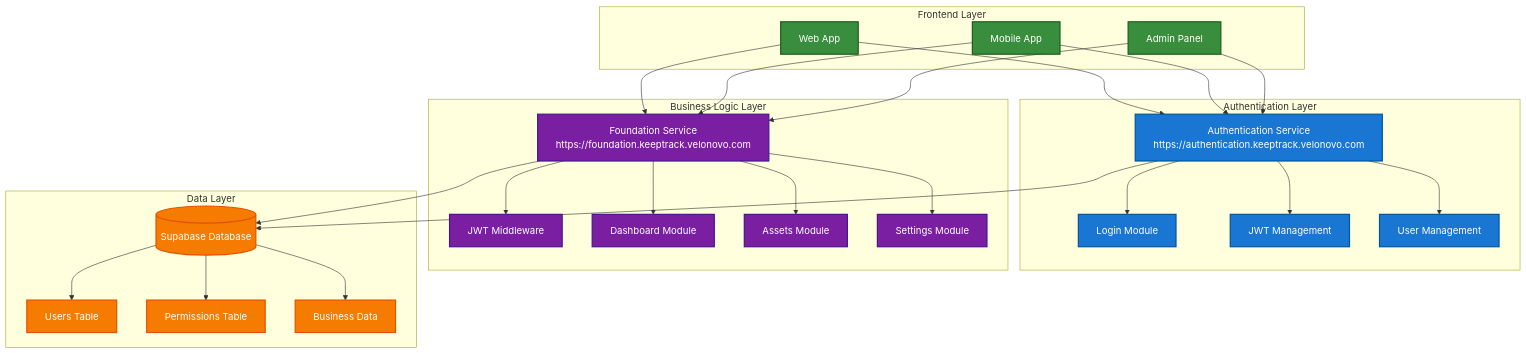
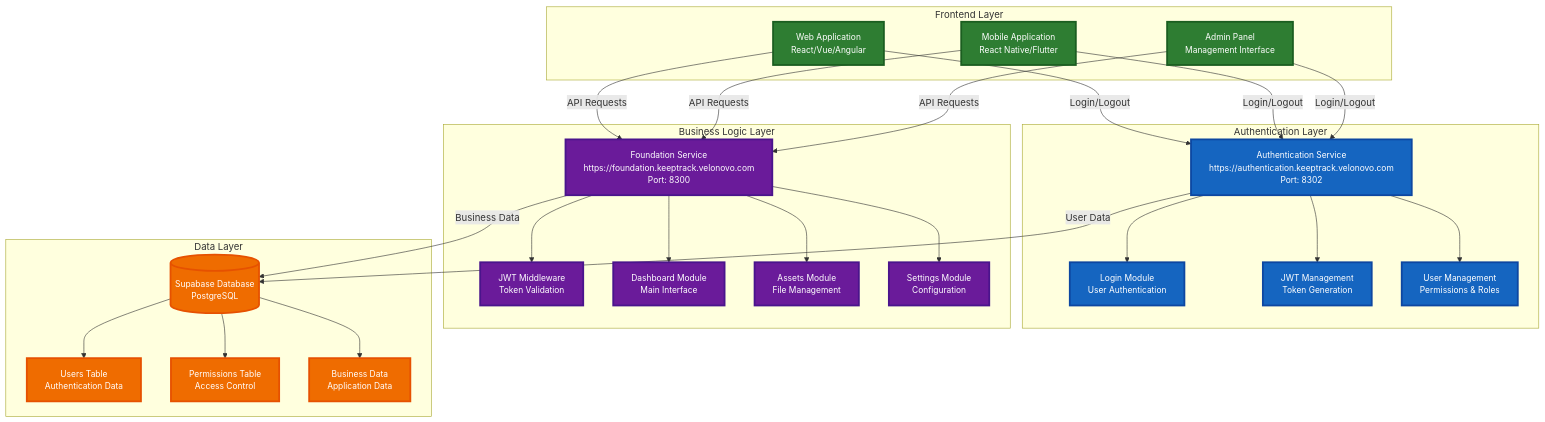
One commit to keeptracknepal/documentation changed the third of 6 diagrams in workflow/authentication/process-flow.md. Above: the diagram before and after it, drawn with Mermaid. The commit also changed other lines of this file, not shown here.

Commit message:
changed colors

````diff
--- a/workflow/authentication/process-flow.md
+++ b/workflow/authentication/process-flow.md
@@ -104,66 +104,69 @@
 ```mermaid
 graph TB
     subgraph "Frontend Layer"
-        WA[Web App]
-        MA[Mobile App]
-        AP[Admin Panel]
+        WA[Web Application<br/>React/Vue/Angular]
+        MA[Mobile Application<br/>React Native/Flutter]
+        AP[Admin Panel<br/>Management Interface]
     end
     
     subgraph "Authentication Layer"
-        AS[Authentication Service<br/>https://authentication.keeptrack.velonovo.com]
-        AS1[Login Module]
-        AS2[JWT Management]
-        AS3[User Management]
+        AS[Authentication Service<br/>https://authentication.keeptrack.velonovo.com<br/>Port: 8302]
+        AS1[Login Module<br/>User Authentication]
+        AS2[JWT Management<br/>Token Generation]
+        AS3[User Management<br/>Permissions & Roles]
     end
     
     subgraph "Business Logic Layer"
-        FS[Foundation Service<br/>https://foundation.keeptrack.velonovo.com]
-        FS1[JWT Middleware]
-        FS2[Dashboard Module]
-        FS3[Assets Module]
-        FS4[Settings Module]
+        FS[Foundation Service<br/>https://foundation.keeptrack.velonovo.com<br/>Port: 8300]
+        FS1[JWT Middleware<br/>Token Validation]
+        FS2[Dashboard Module<br/>Main Interface]
+        FS3[Assets Module<br/>File Management]
+        FS4[Settings Module<br/>Configuration]
     end
     
     subgraph "Data Layer"
-        DB[(Supabase Database)]
-        T1[Users Table]
-        T2[Permissions Table]
-        T3[Business Data]
+        DB[(Supabase Database<br/>PostgreSQL)]
+        T1[Users Table<br/>Authentication Data]
+        T2[Permissions Table<br/>Access Control]
+        T3[Business Data<br/>Application Data]
     end
     
-    %% Connections
-    WA --> AS
-    MA --> AS
-    AP --> AS
+    %% Frontend to Services
+    WA -->|Login/Logout| AS
+    MA -->|Login/Logout| AS
+    AP -->|Login/Logout| AS
     
-    WA --> FS
-    MA --> FS
-    AP --> FS
+    WA -->|API Requests| FS
+    MA -->|API Requests| FS
+    AP -->|API Requests| FS
     
+    %% Service Internal Structure
     AS --> AS1
     AS --> AS2
     AS --> AS3
     
     FS --> FS1
     FS --> FS2
     FS --> FS3
     FS --> FS4
     
-    AS --> DB
-    FS --> DB
+    %% Service to Database
+    AS -->|User Data| DB
+    FS -->|Business Data| DB
     
+    %% Database Structure
     DB --> T1
     DB --> T2
     DB --> T3
     
-    %% Styling
-    classDef frontend fill:#388e3c,stroke:#1b5e20,stroke-width:2px,color:#ffffff
-    classDef auth fill:#1976d2,stroke:#01579b,stroke-width:2px,color:#ffffff
-    classDef foundation fill:#7b1fa2,stroke:#4a148c,stroke-width:2px,color:#ffffff
-    classDef database fill:#f57c00,stroke:#e65100,stroke-width:2px,color:#ffffff
+    %% Styling with better contrast
+    classDef frontend fill:#2e7d32,stroke:#1b5e20,stroke-width:3px,color:#ffffff,font-size:14px
+    classDef auth fill:#1565c0,stroke:#0d47a1,stroke-width:3px,color:#ffffff,font-size:14px
+    classDef foundation fill:#6a1b9a,stroke:#4a148c,stroke-width:3px,color:#ffffff,font-size:14px
+    classDef database fill:#ef6c00,stroke:#e65100,stroke-width:3px,color:#ffffff,font-size:14px
     
     class WA,MA,AP frontend
     class AS,AS1,AS2,AS3 auth
     class FS,FS1,FS2,FS3,FS4 foundation
     class DB,T1,T2,T3 database
 ```
````
